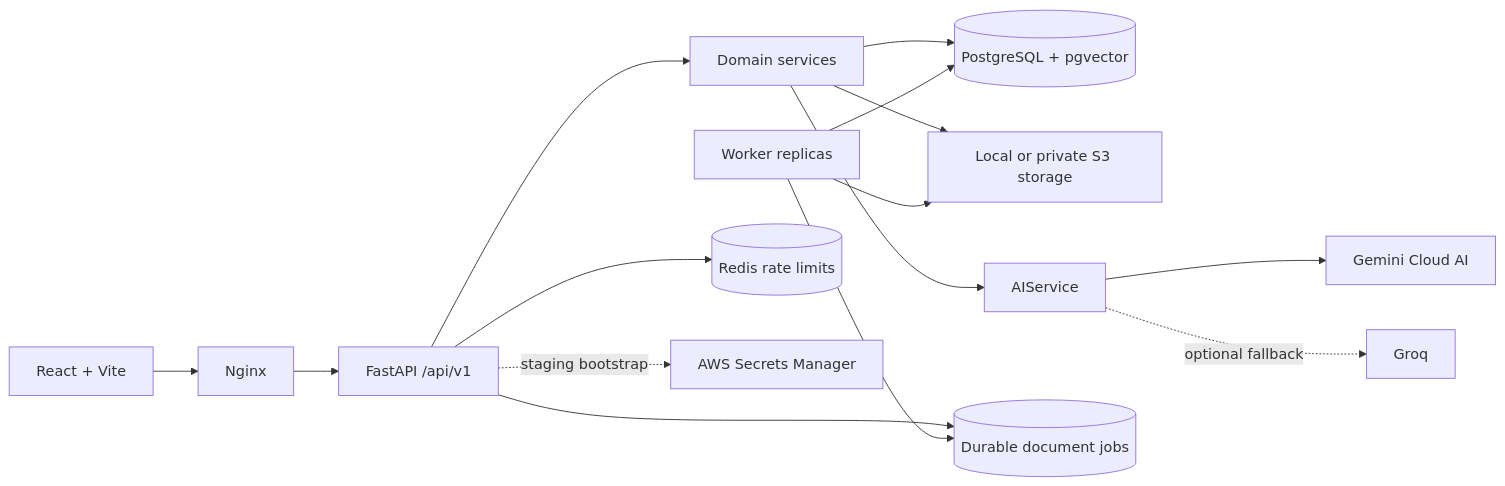
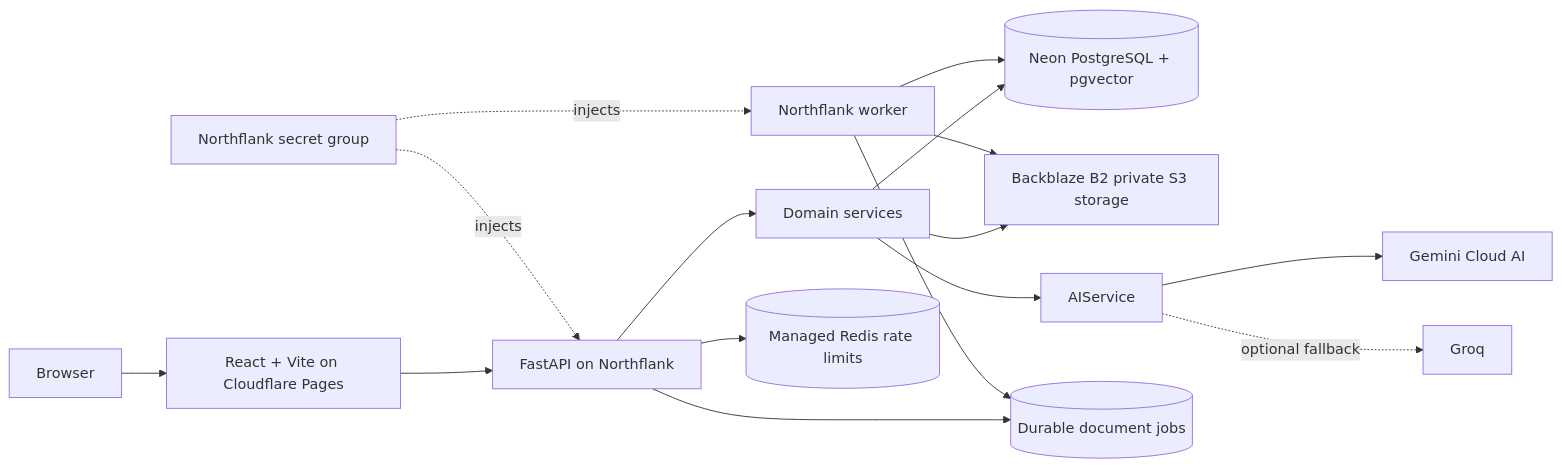
The diagram in README.md (Leandrosp9/webapp-workflix), drawn with Mermaid before and after one commit. The commit also changed other lines of this file and 3 other files, not shown here.

````diff
--- a/README.md
+++ b/README.md
@@ -78,17 +79,18 @@
 ```mermaid
 flowchart LR
-    Browser[React + Vite] --> Nginx[Nginx]
-    Nginx --> API[FastAPI /api/v1]
+    Browser[Browser] --> Pages[React + Vite on Cloudflare Pages]
+    Pages --> API[FastAPI on Northflank]
     API --> Services[Domain services]
-    Services --> DB[(PostgreSQL + pgvector)]
-    Services --> Storage[Local or private S3 storage]
+    Services --> DB[(Neon PostgreSQL + pgvector)]
+    Services --> Storage[Backblaze B2 private S3 storage]
     Services --> AI[AIService]
     AI --> Gemini[Gemini Cloud AI]
     AI -. optional fallback .-> Groq[Groq]
     API --> Queue[(Durable document jobs)]
-    Worker[Worker replicas] --> Queue
+    Worker[Northflank worker] --> Queue
     Worker --> Storage
     Worker --> DB
-    API --> Redis[(Redis rate limits)]
-    API -. staging bootstrap .-> Secrets[AWS Secrets Manager]
+    API --> Redis[(Managed Redis rate limits)]
+    Secrets[Northflank secret group] -. injects .-> API
+    Secrets -. injects .-> Worker
 ```
````
